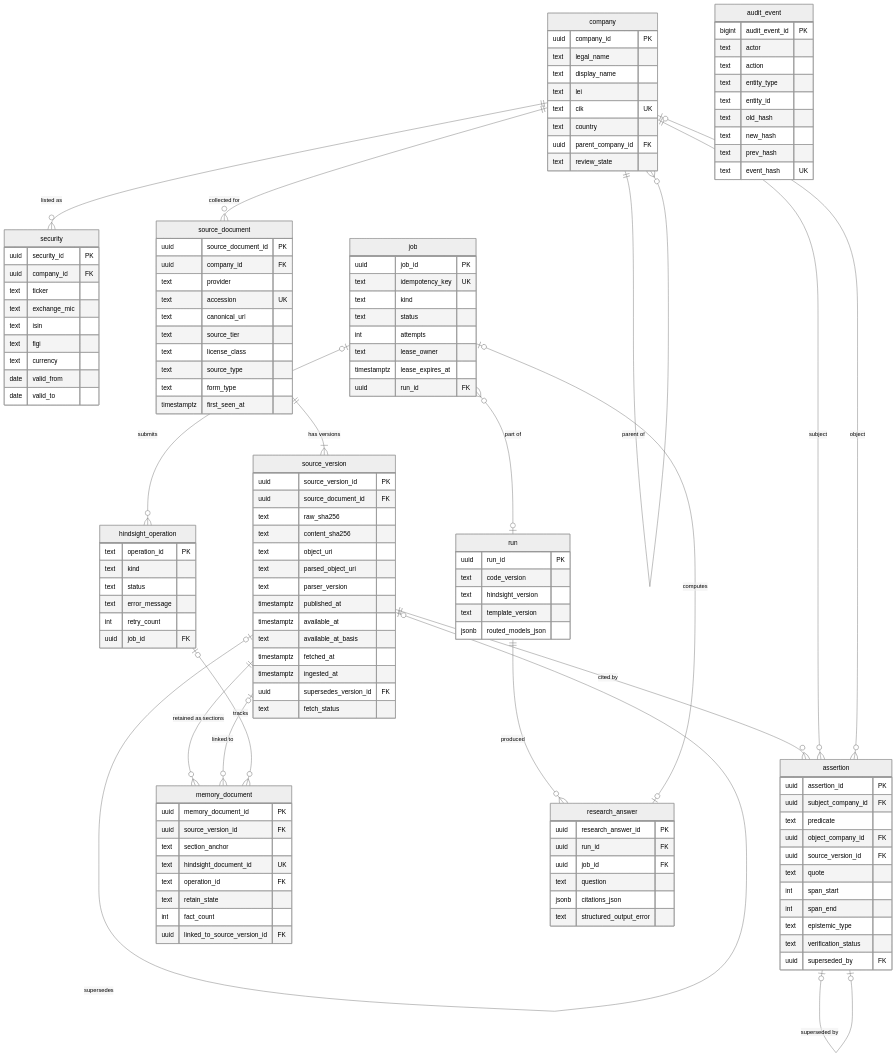
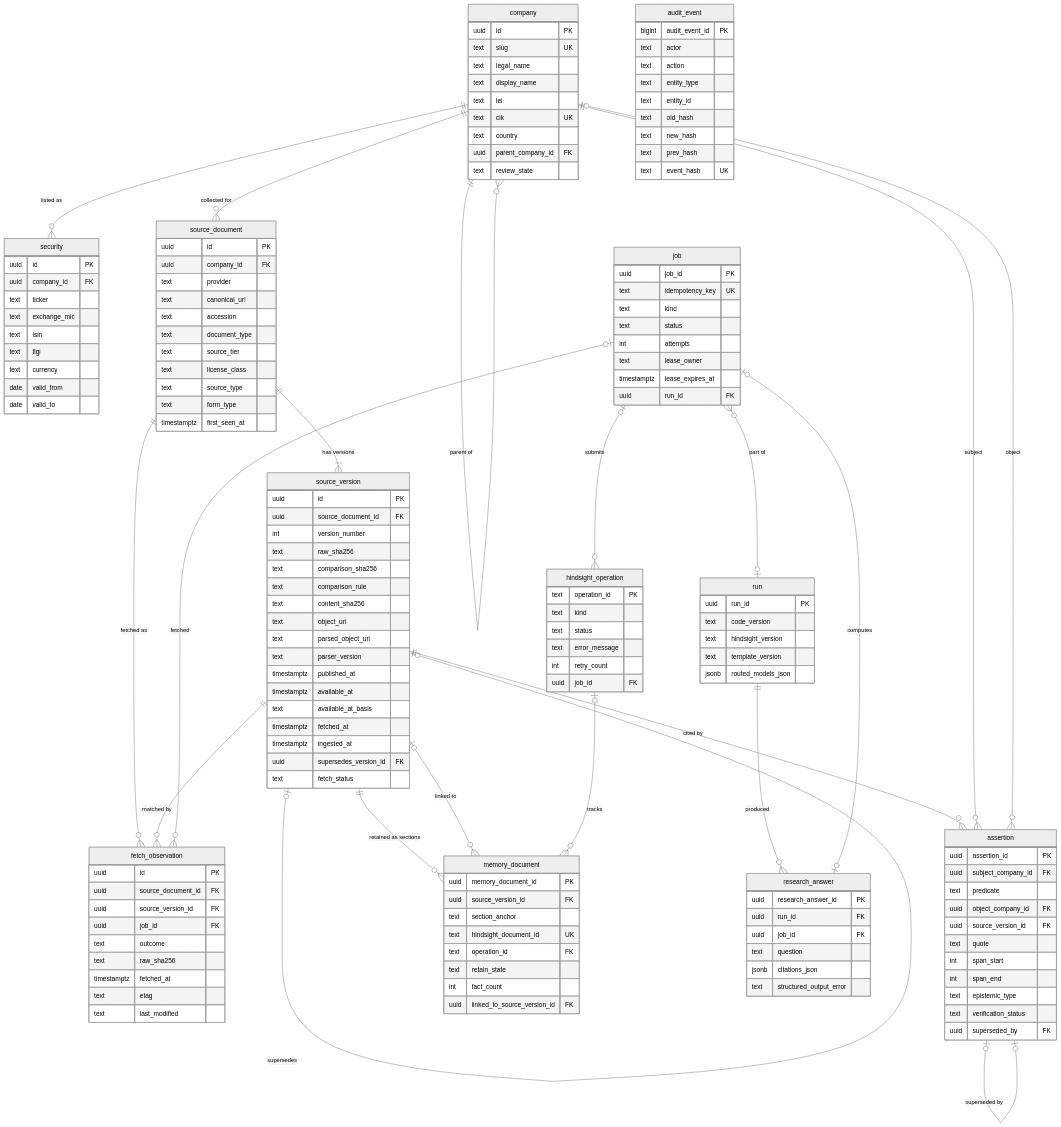
One commit to ekenheim/atlas changed the diagram in docs/data-model.md. Above: the diagram before and after it, drawn with Mermaid (neutral theme). The commit also changed other lines of this file and 28 other files, not shown here.

```diff
--- a/docs/data-model.md
+++ b/docs/data-model.md
@@ -292,6 +324,9 @@
   company ||--o{ source_document : "collected for"
   source_document ||--|{ source_version : "has versions"
   source_version |o--o| source_version : "supersedes"
+  source_document ||--o{ fetch_observation : "fetched as"
+  source_version ||--o{ fetch_observation : "matched by"
+  job |o--o{ fetch_observation : "fetched"
   source_version ||--o{ assertion : "cited by"
   company ||--o{ assertion : "subject"
   company |o--o{ assertion : "object"
@@ -305,7 +340,8 @@
   job |o--o| research_answer : "computes"
 
   company {
-    uuid company_id PK
+    uuid id PK
+    text slug UK
     text legal_name
     text display_name
     text lei
@@ -315,7 +351,7 @@
     text review_state
   }
   security {
-    uuid security_id PK
+    uuid id PK
     uuid company_id FK
     text ticker
     text exchange_mic
@@ -326,11 +362,12 @@
     date valid_to
   }
   source_document {
-    uuid source_document_id PK
+    uuid id PK
     uuid company_id FK
     text provider
-    text accession UK
     text canonical_url
+    text accession
+    text document_type
     text source_tier
     text license_class
     text source_type
@@ -338,9 +375,12 @@
     timestamptz first_seen_at
   }
   source_version {
-    uuid source_version_id PK
+    uuid id PK
     uuid source_document_id FK
+    int version_number
     text raw_sha256
+    text comparison_sha256
+    text comparison_rule
     text content_sha256
     text object_uri
     text parsed_object_uri
@@ -352,6 +392,17 @@
     timestamptz ingested_at
     uuid supersedes_version_id FK
     text fetch_status
+  }
+  fetch_observation {
+    uuid id PK
+    uuid source_document_id FK
+    uuid source_version_id FK
+    uuid job_id FK
+    text outcome
+    text raw_sha256
+    timestamptz fetched_at
+    text etag
+    text last_modified
   }
   assertion {
     uuid assertion_id PK
```
